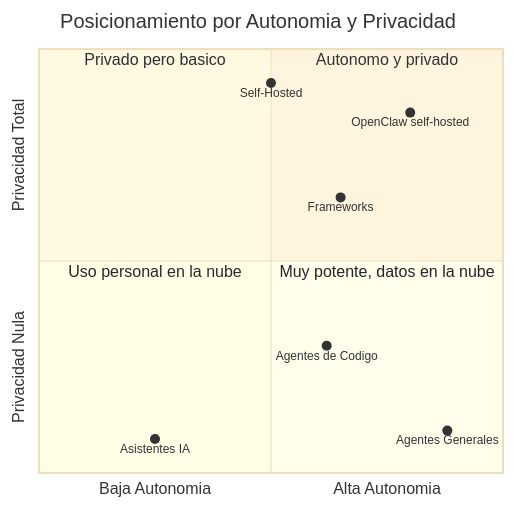
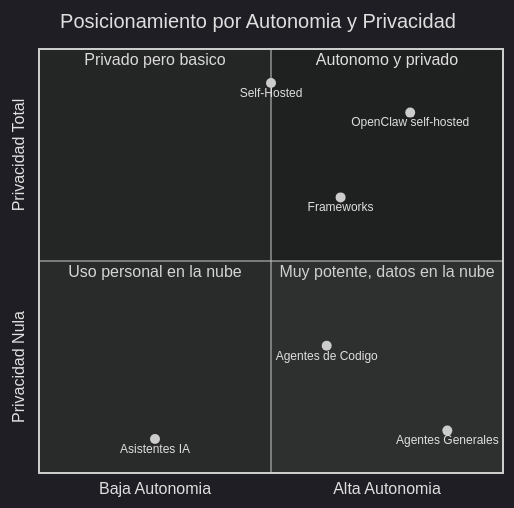
The second of 6 diagrams in README.md (pjbarberoiglesias/Panorama-IA), drawn with Mermaid before and after one commit. The commit also changed other lines of this file and 3 other files, not shown here.

````diff
--- a/README.md
+++ b/README.md
@@ -64,17 +68,17 @@
 ```mermaid
-%%{init: {'theme': 'base'}}%%
+%%{init: {'theme': 'dark', 'themeVariables': {'quadrantChart': {'quadrant1Fill': '#1e1e2e', 'quadrant2Fill': '#2a2a35', 'quadrant3Fill': '#1e1e2e', 'quadrant4Fill': '#2a2a35'}}}}%%
 quadrantChart
     title Posicionamiento por Autonomia y Privacidad
     x-axis "Baja Autonomia" --> "Alta Autonomia"
     y-axis "Privacidad Nula" --> "Privacidad Total"
     quadrant-1 Autonomo y privado
     quadrant-2 Privado pero basico
     quadrant-3 Uso personal en la nube
     quadrant-4 Muy potente, datos en la nube
     Asistentes IA: [0.25, 0.08]
     Agentes de Codigo: [0.62, 0.30]
     Agentes Generales: [0.88, 0.10]
     Self-Hosted: [0.50, 0.92]
     Frameworks: [0.65, 0.65]
     OpenClaw self-hosted: [0.80, 0.85]
 ```
````
